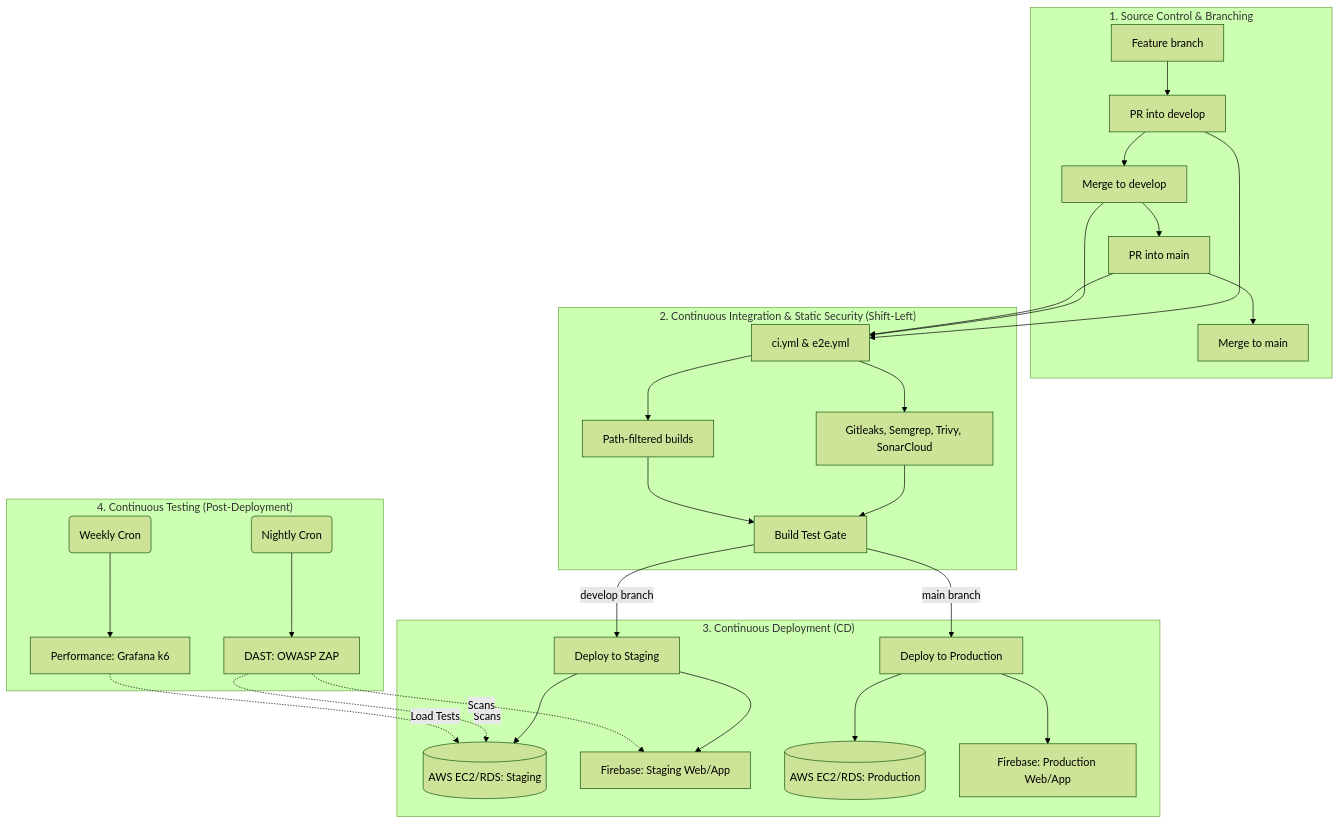
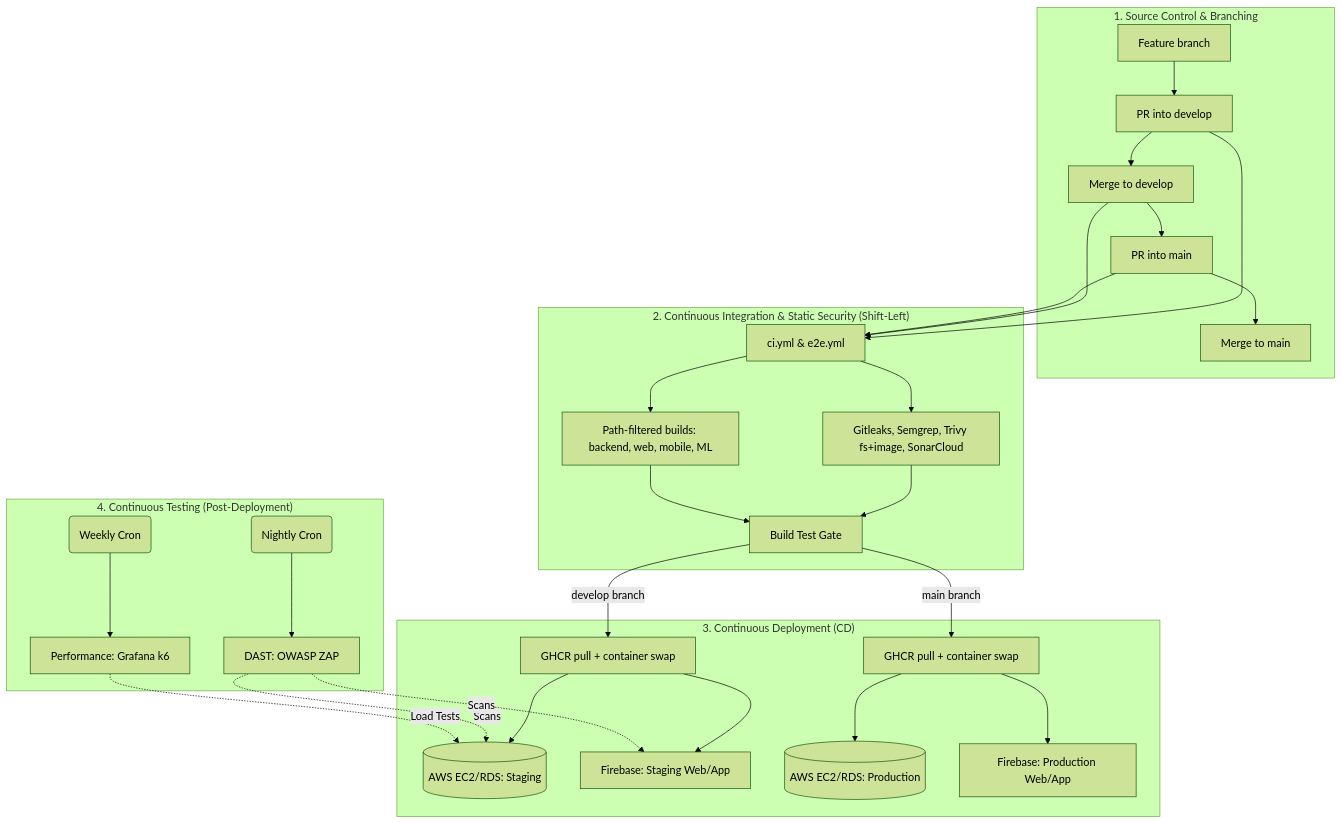
The diagram in CICD-PIPELINE.md (CanMakan-Team/CanMakan), drawn with Mermaid (forest theme) before and after one commit. The commit also changed other lines of this file and 13 other files, not shown here.

````diff
--- a/CICD-PIPELINE.md
+++ b/CICD-PIPELINE.md
@@ -154,42 +198,42 @@
 ```mermaid
 flowchart TD
   subgraph "1. Source Control & Branching"
       Dev[Feature branch] --> PRD[PR into develop]
       PRD --> D[Merge to develop]
       D --> PRM[PR into main]
       PRM --> M[Merge to main]
   end
 
   subgraph "2. Continuous Integration & Static Security (Shift-Left)"
       PRD --> CHK[ci.yml & e2e.yml]
       D --> CHK
       PRM --> CHK
       
-      CHK --> S[Gitleaks, Semgrep, Trivy, SonarCloud]
-      CHK --> B[Path-filtered builds]
+      CHK --> S[Gitleaks, Semgrep, Trivy fs+image, SonarCloud]
+      CHK --> B[Path-filtered builds: backend, web, mobile, ML]
       S --> G[Build Test Gate]
       B --> G
   end
 
   subgraph "3. Continuous Deployment (CD)"
-      G -->|develop branch| StagingDeploy[Deploy to Staging]
-      G -->|main branch| ProdDeploy[Deploy to Production]
+      G -->|develop branch| StagingDeploy[GHCR pull + container swap]
+      G -->|main branch| ProdDeploy[GHCR pull + container swap]
       
       StagingDeploy --> EC2Stg[(AWS EC2/RDS: Staging)]
       StagingDeploy --> FireStg[Firebase: Staging Web/App]
       
       ProdDeploy --> EC2Prod[(AWS EC2/RDS: Production)]
       ProdDeploy --> FireProd[Firebase: Production Web/App]
   end
 
   subgraph "4. Continuous Testing (Post-Deployment)"
       CronDAST(Nightly Cron) --> ZAP[DAST: OWASP ZAP]
       CronLoad(Weekly Cron) --> k6[Performance: Grafana k6]
       
       ZAP -.->|Scans| EC2Stg
       ZAP -.->|Scans| FireStg
       k6 -.->|Load Tests| EC2Stg
   end
 
 
 ```
````
